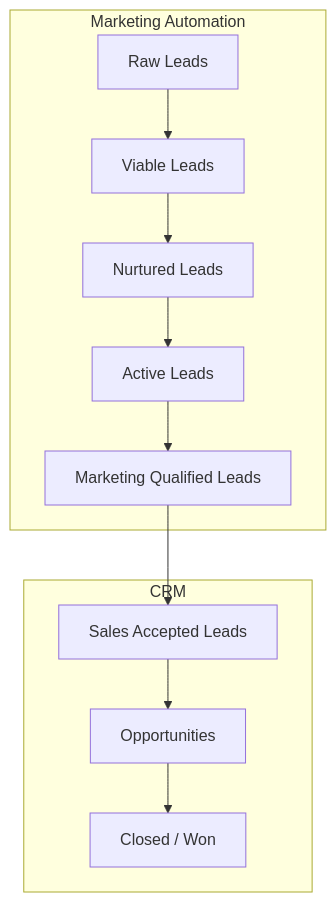
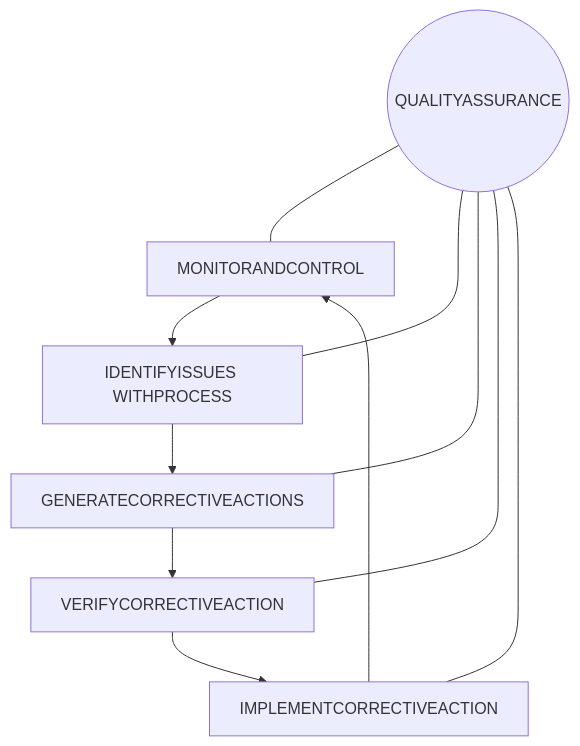
Before and after one commit to zk-007/AutiStudy-App: diagram 20 of 25 in frontend/books_mds/Grade 7/comp/comp_7.md, drawn with Mermaid. The commit also changed other lines of this file and 12 other files, not shown here.

````diff
--- a/frontend/books_mds/Grade 7/comp/comp_7.md
+++ b/frontend/books_mds/Grade 7/comp/comp_7.md
@@ -4446,14 +5003,14 @@
 ```mermaid
 graph TD
-    subgraph "Marketing Automation"
-    A[Raw Leads] --> B[Viable Leads]
-    B --> C[Nurtured Leads]
-    C --> D[Active Leads]
-    D --> E[Marketing Qualified Leads]
-    end
-    subgraph "CRM"
-    E --> F[Sales Accepted Leads]
-    F --> G[Opportunities]
-    G --> H[Closed / Won]
-    end
+    A((QUALITYASSURANCE))
+    B[MONITORANDCONTROL] --> C[IDENTIFYISSUES WITHPROCESS]
+    C --> D[GENERATECORRECTIVEACTIONS]
+    D --> E[VERIFYCORRECTIVEACTION]
+    E --> F[IMPLEMENTCORRECTIVEACTION]
+    F --> B
+    A --- B
+    A --- C
+    A --- D
+    A --- E
+    A --- F
 ```
````
